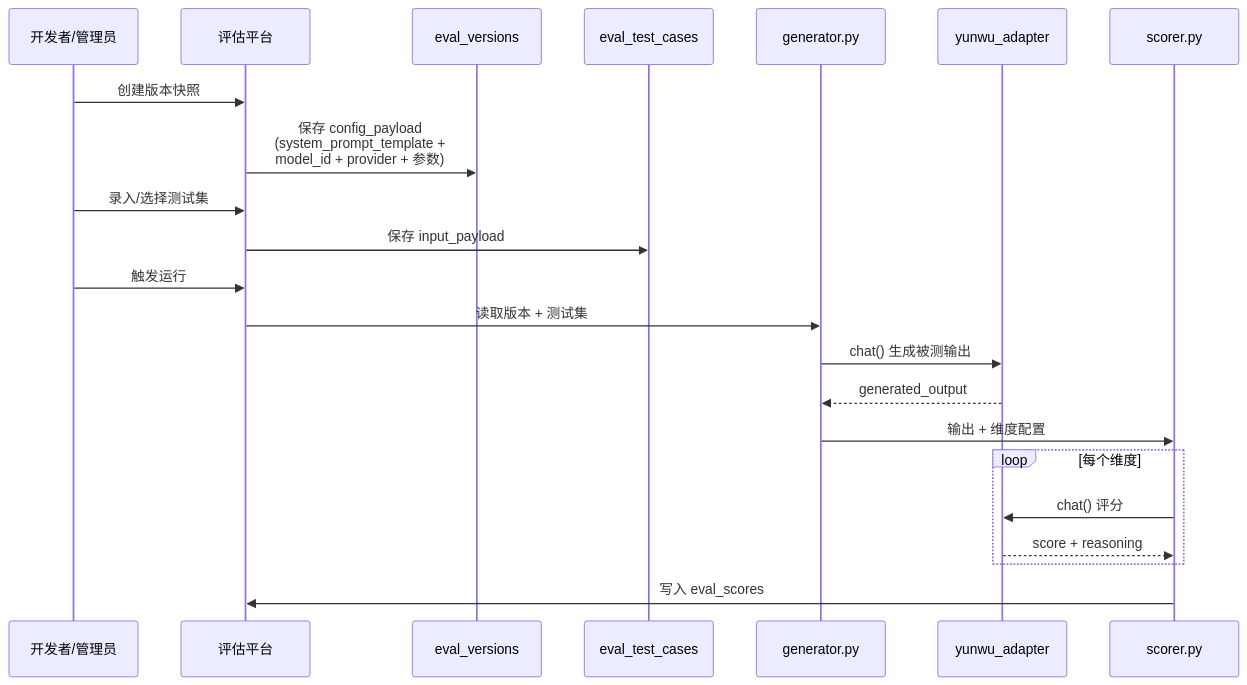
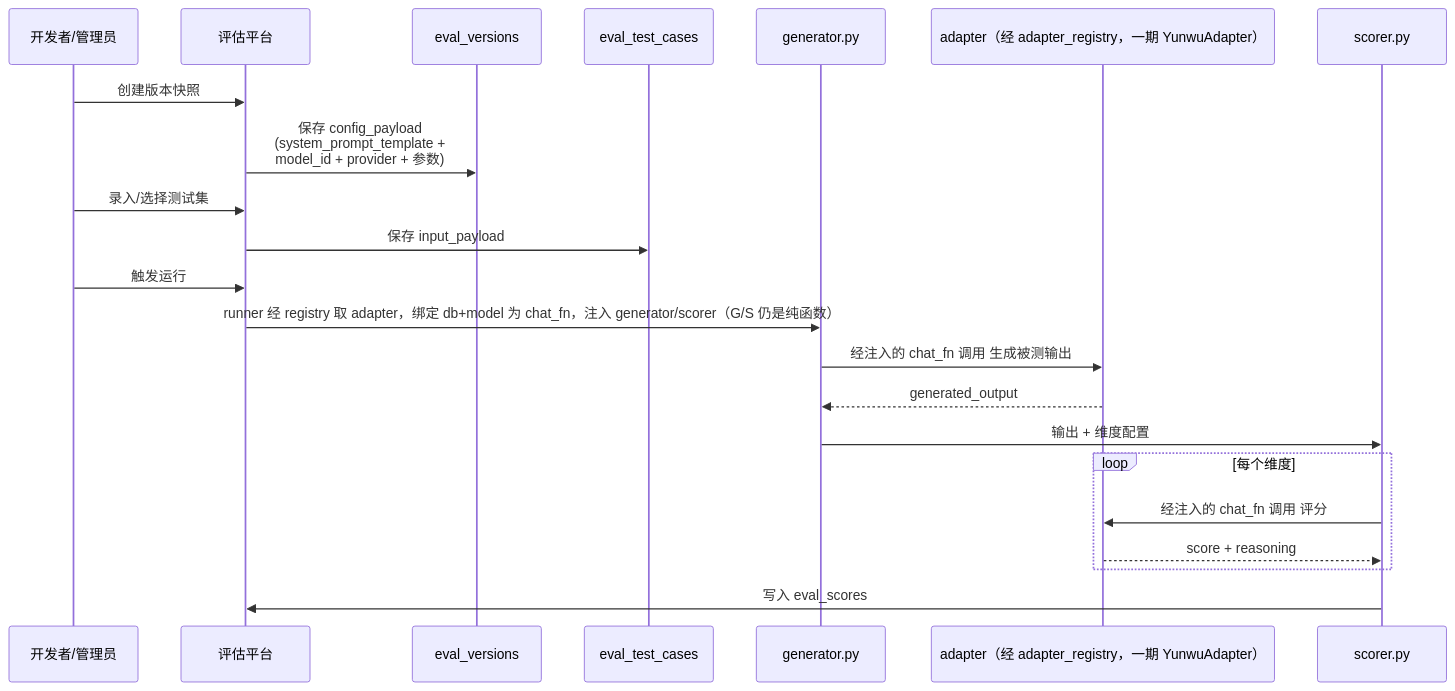
The third of 4 diagrams in docs/superpowers/specs/2026-07-20-aigc-evaluation-system-design.md (Aiintalk/New_Mcn_Platform), drawn with Mermaid before and after one commit. The commit also changed other lines of this file and 2 other files, not shown here.

````diff
--- a/docs/superpowers/specs/2026-07-20-aigc-evaluation-system-design.md
+++ b/docs/superpowers/specs/2026-07-20-aigc-evaluation-system-design.md
@@ -650,25 +657,25 @@
 ```mermaid
 sequenceDiagram
     participant U as 开发者/管理员
     participant EP as 评估平台
     participant V as eval_versions
     participant TC as eval_test_cases
     participant G as generator.py
-    participant Y as yunwu_adapter
+    participant Y as adapter（经 adapter_registry，一期 YunwuAdapter）
     participant S as scorer.py
 
     U->>EP: 创建版本快照
     EP->>V: 保存 config_payload<br/>(system_prompt_template +<br/>model_id + provider + 参数)
     U->>EP: 录入/选择测试集
     EP->>TC: 保存 input_payload
     U->>EP: 触发运行
-    EP->>G: 读取版本 + 测试集
-    G->>Y: chat() 生成被测输出
+    EP->>G: runner 经 registry 取 adapter，绑定 db+model 为 chat_fn，注入 generator/scorer（G/S 仍是纯函数）
+    G->>Y: 经注入的 chat_fn 调用 生成被测输出
     Y-->>G: generated_output
     G->>S: 输出 + 维度配置
     loop 每个维度
-        S->>Y: chat() 评分
+        S->>Y: 经注入的 chat_fn 调用 评分
         Y-->>S: score + reasoning
     end
     S->>EP: 写入 eval_scores
 ```
````
